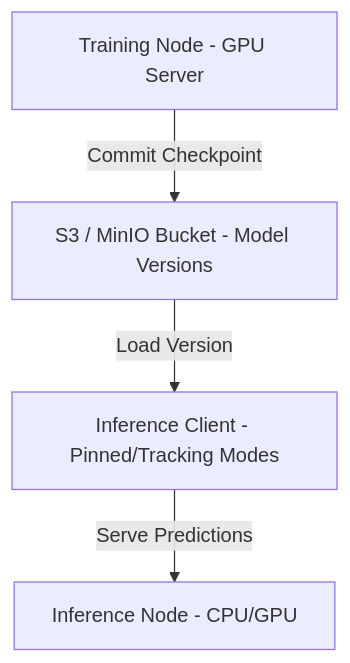
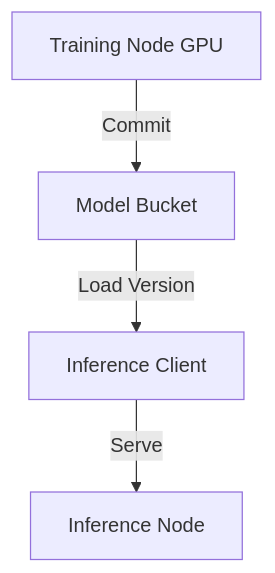
Before and after one commit to Tuee22/SpectralMC: the first of 5 diagrams in documents/product/deployment.md, drawn with Mermaid. The commit also changed other lines of this file and 28 other files, not shown here.

````diff
--- a/documents/product/deployment.md
+++ b/documents/product/deployment.md
@@ -23,11 +31,11 @@
 ```mermaid
 flowchart TB
-  TrainingNode[Training Node - GPU Server]
-  S3Bucket[S3 / MinIO Bucket - Model Versions]
-  InferenceClient[Inference Client - Pinned/Tracking Modes]
-  InferenceNode[Inference Node - CPU/GPU]
+  TrainingNode[Training Node GPU]
+  ModelBucket[Model Bucket]
+  InferenceClient[Inference Client]
+  InferenceNode[Inference Node]
 
-  TrainingNode -->|Commit Checkpoint| S3Bucket
-  S3Bucket -->|Load Version| InferenceClient
-  InferenceClient -->|Serve Predictions| InferenceNode
+  TrainingNode -->|Commit| ModelBucket
+  ModelBucket -->|Load Version| InferenceClient
+  InferenceClient -->|Serve| InferenceNode
 ```
````
